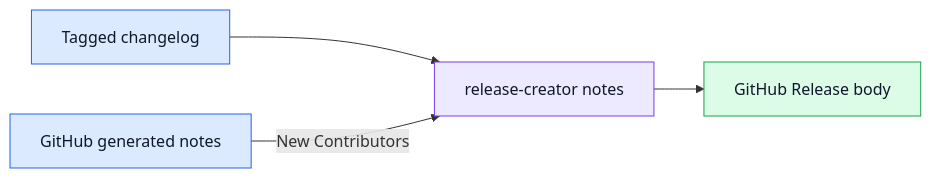
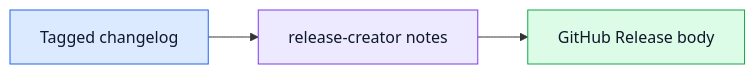
One commit to tox-dev/release-creator changed the diagram in docs/explanation/release-data.rst. Above: the diagram before and after it, drawn with Mermaid. The commit also changed other lines of this file and 9 other files, not shown here.

First line of the commit message:
🔥 feat(notes)!: drop the generated notes input

```diff
--- a/docs/explanation/release-data.rst
+++ b/docs/explanation/release-data.rst
@@ -9,15 +9,14 @@
 .. mermaid::
-    :alt: The tagged changelog provides changes and authors; GitHub generated notes add first-time contributors.
+    :alt: The tagged changelog provides changes and authors.
     :caption: Sources for a GitHub Release body
     :align: center
 
     flowchart LR
        changelog["Tagged changelog"] --> render["release-creator notes"]
-       generated["GitHub generated notes"] -- "New Contributors" --> render
        render --> release["GitHub Release body"]
        classDef source fill:#dbeafe,stroke:#2563eb,color:#0f172a;
        classDef step fill:#ede9fe,stroke:#7c3aed,color:#0f172a;
        classDef result fill:#dcfce7,stroke:#16a34a,color:#0f172a;
-       class changelog,generated source;
+       class changelog source;
        class render step;
        class release result;
```
